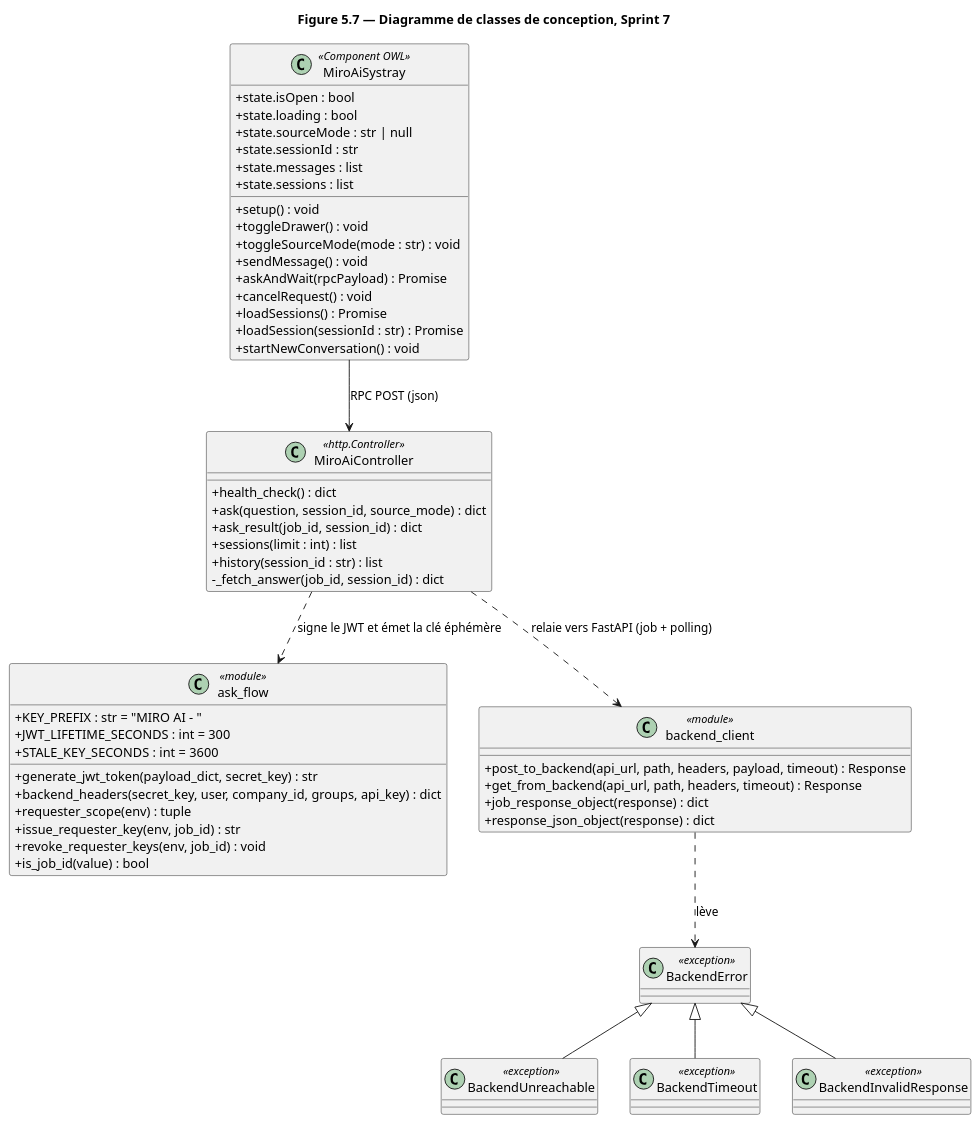
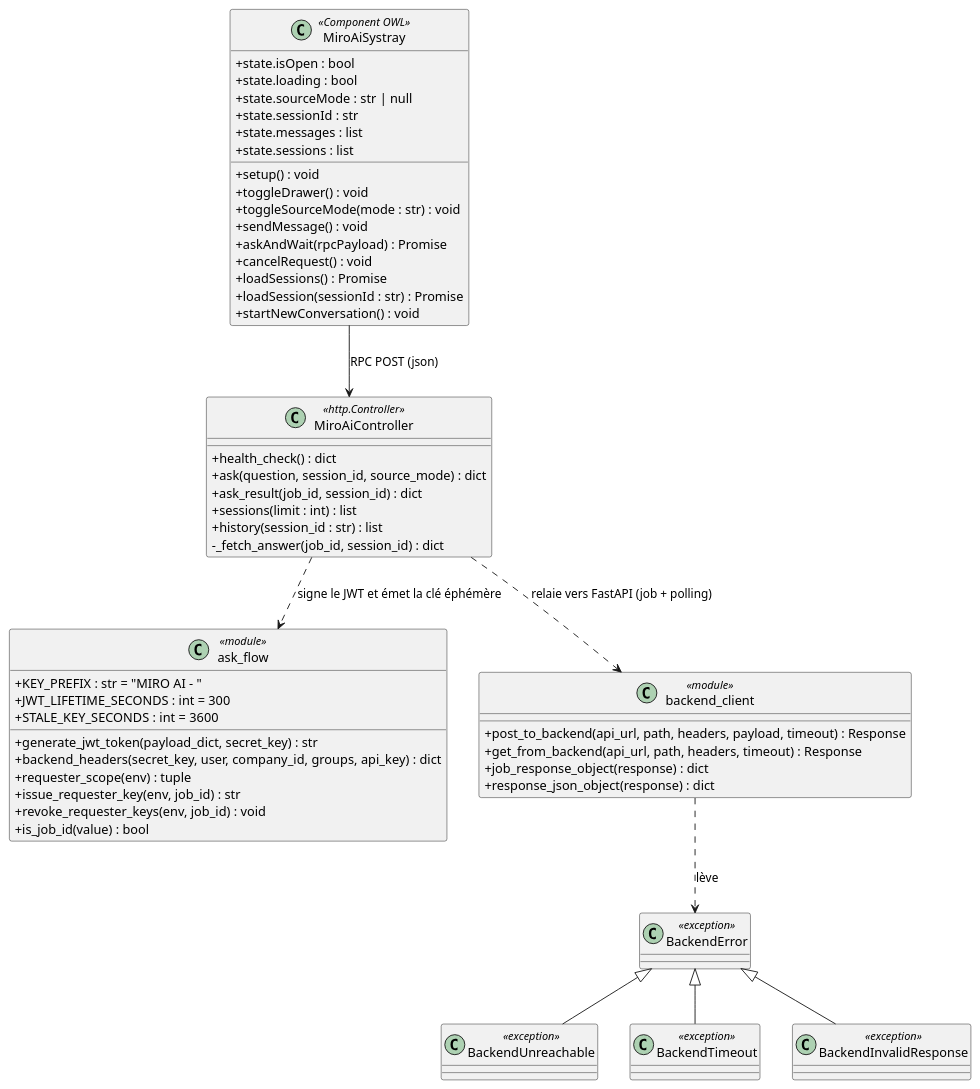
One commit to katsuki2000/odoo-ia-prototype changed the diagram in todo/diagrammes/5_7_classes_sprint7.puml. Above: the diagram before and after it, drawn with PlantUML. The commit also changed 30 other files, not shown here.

```diff
--- a/todo/diagrammes/5_7_classes_sprint7.puml
+++ b/todo/diagrammes/5_7_classes_sprint7.puml
@@ -1,63 +1,62 @@
 @startuml 5_7_classes_sprint7
-title Figure 5.7 — Diagramme de classes de conception, Sprint 7
 skinparam classAttributeIconSize 0
 
 class MiroAiSystray <<Component OWL>> {
   +state.isOpen : bool
   +state.loading : bool
   +state.sourceMode : str | null
   +state.sessionId : str
   +state.messages : list
   +state.sessions : list
   +setup() : void
   +toggleDrawer() : void
   +toggleSourceMode(mode : str) : void
   +sendMessage() : void
   +askAndWait(rpcPayload) : Promise
   +cancelRequest() : void
   +loadSessions() : Promise
   +loadSession(sessionId : str) : Promise
   +startNewConversation() : void
 }
 
 class MiroAiController <<http.Controller>> {
   +health_check() : dict
   +ask(question, session_id, source_mode) : dict
   +ask_result(job_id, session_id) : dict
   +sessions(limit : int) : list
   +history(session_id : str) : list
   -_fetch_answer(job_id, session_id) : dict
 }
 
 class "ask_flow" as AskFlow <<module>> {
   +KEY_PREFIX : str = "MIRO AI - "
   +JWT_LIFETIME_SECONDS : int = 300
   +STALE_KEY_SECONDS : int = 3600
   +generate_jwt_token(payload_dict, secret_key) : str
   +backend_headers(secret_key, user, company_id, groups, api_key) : dict
   +requester_scope(env) : tuple
   +issue_requester_key(env, job_id) : str
   +revoke_requester_keys(env, job_id) : void
   +is_job_id(value) : bool
 }
 
 class "backend_client" as BackendClient <<module>> {
   +post_to_backend(api_url, path, headers, payload, timeout) : Response
   +get_from_backend(api_url, path, headers, timeout) : Response
   +job_response_object(response) : dict
   +response_json_object(response) : dict
 }
 
 class BackendError <<exception>>
 class BackendUnreachable <<exception>>
 class BackendTimeout <<exception>>
 class BackendInvalidResponse <<exception>>
 
 MiroAiSystray --> MiroAiController : RPC POST (json)
 MiroAiController ..> AskFlow : signe le JWT et émet la clé éphémère
 MiroAiController ..> BackendClient : relaie vers FastAPI (job + polling)
 BackendError <|-- BackendUnreachable
 BackendError <|-- BackendTimeout
 BackendError <|-- BackendInvalidResponse
 BackendClient ..> BackendError : lève
 @enduml
```
